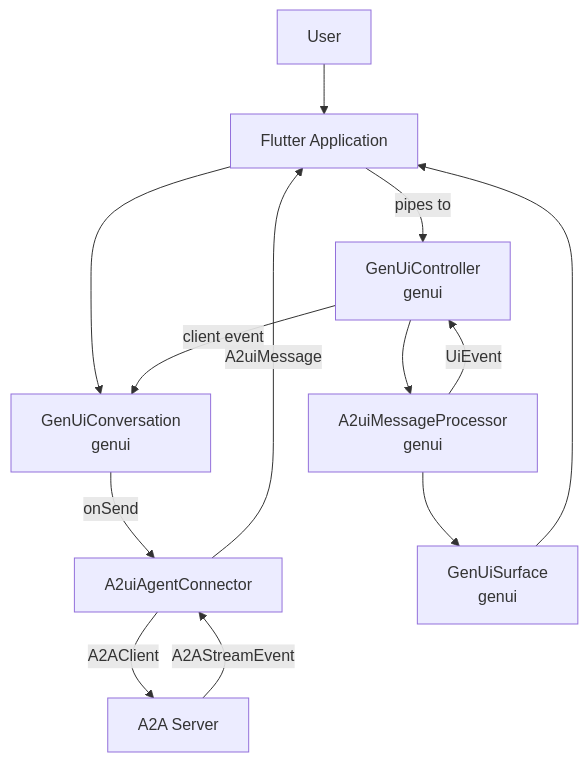
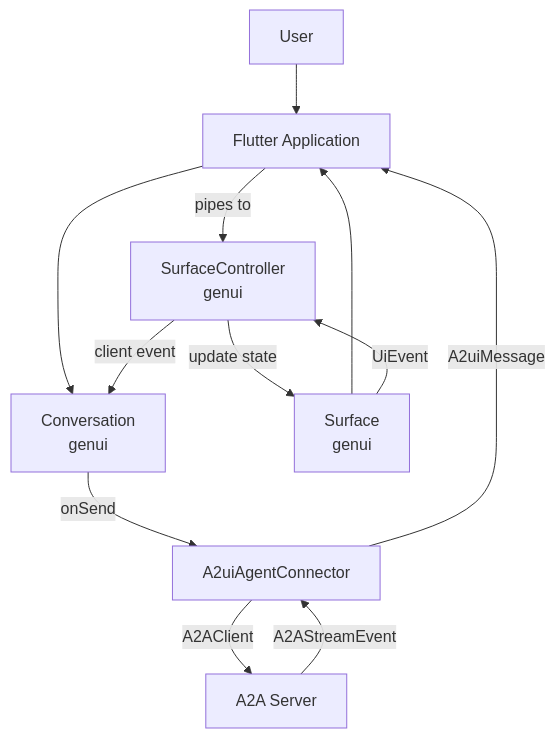
One commit to polina-c/genui changed the diagram in packages/genui_a2ui/DESIGN.md. Above: the diagram before and after it, drawn with Mermaid. The commit also changed other lines of this file and 37 other files, not shown here.

````diff
--- a/packages/genui_a2ui/DESIGN.md
+++ b/packages/genui_a2ui/DESIGN.md
@@ -25,15 +25,14 @@
 ```mermaid
 graph TD
     User --> FlutterApp[Flutter Application]
-    FlutterApp --> GenUiConversation[GenUiConversation \n genui]
-    GenUiConversation -- onSend --> A2uiAgentConnector
+    FlutterApp --> Conversation[Conversation \n genui]
+    Conversation -- onSend --> A2uiAgentConnector
     A2uiAgentConnector -- A2AClient --> A2AServer[A2A Server]
     A2AServer -- A2AStreamEvent --> A2uiAgentConnector
     A2uiAgentConnector -- A2uiMessage --> FlutterApp
-    FlutterApp -- pipes to --> GenUiController[GenUiController \n genui]
-    GenUiController --> A2uiMessageProcessor[A2uiMessageProcessor \n genui]
-    A2uiMessageProcessor --> GenUiSurface[GenUiSurface \n genui]
-    GenUiSurface --> FlutterApp
-    A2uiMessageProcessor -- UiEvent --> GenUiController
-    GenUiController -- client event --> GenUiConversation
+    FlutterApp -- pipes to --> SurfaceController[SurfaceController \n genui]
+    SurfaceController -- update state --> Surface[Surface \n genui]
+    Surface --> FlutterApp
+    Surface -- UiEvent --> SurfaceController
+    SurfaceController -- client event --> Conversation
 ```
````
